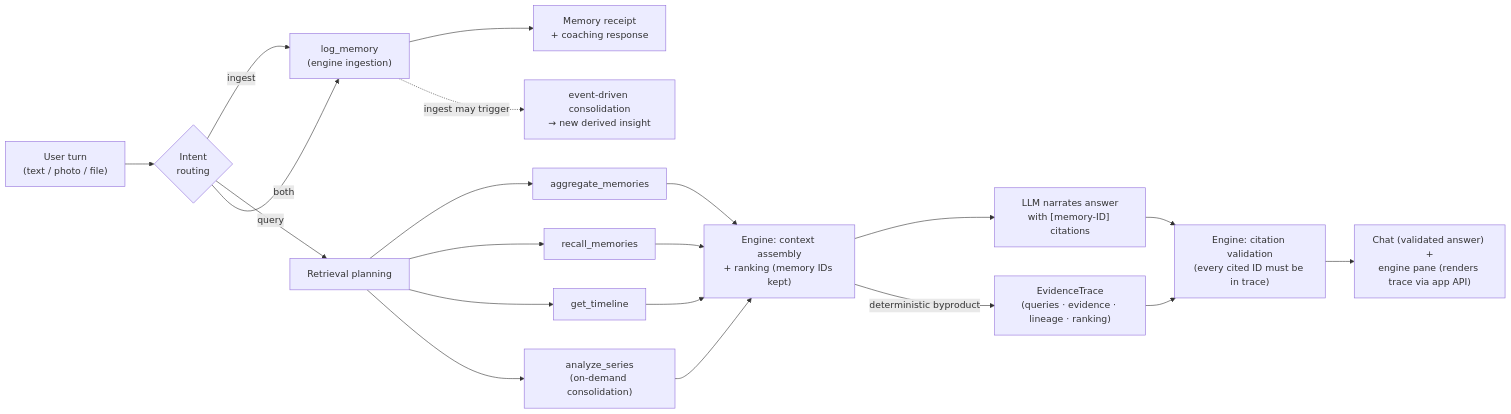
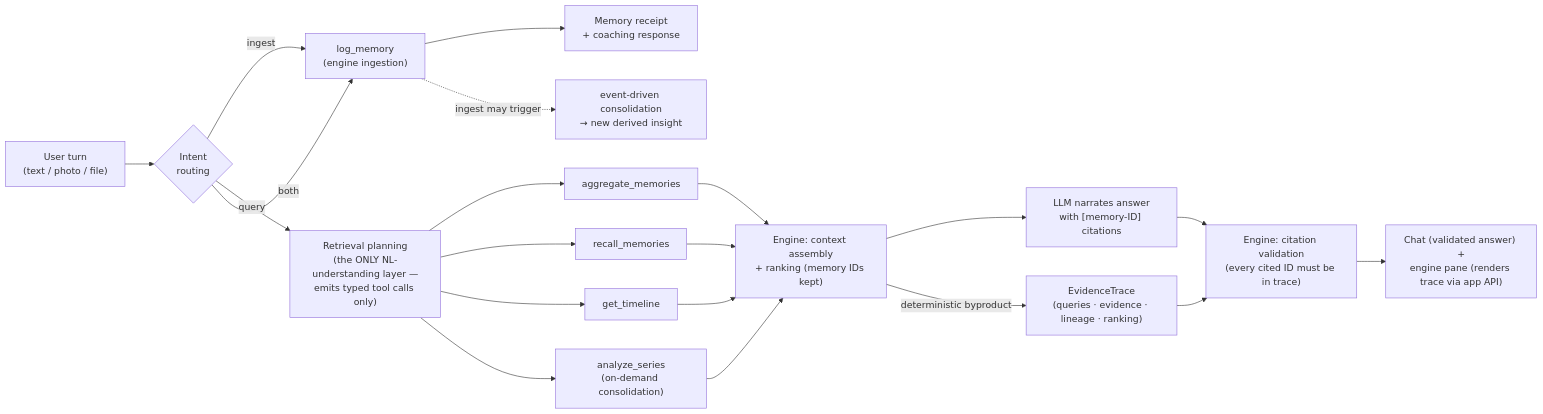
Before and after one commit to adityajamge/ai-fitness-memory-agent: the diagram in docs/office-hours/05-agent-architecture.md, drawn with Mermaid. The commit also changed other lines of this file and 2 other files, not shown here.

Commit message:
Architecture clarification

````diff
--- a/docs/office-hours/05-agent-architecture.md
+++ b/docs/office-hours/05-agent-architecture.md
@@ -17,19 +17,19 @@
 ```mermaid
 flowchart LR
     IN["User turn<br/>(text / photo / file)"] --> ROUTE{"Intent<br/>routing"}
     ROUTE -->|ingest| LOG["log_memory<br/>(engine ingestion)"]
     LOG --> RECEIPT["Memory receipt<br/>+ coaching response"]
-    ROUTE -->|query| PLAN["Retrieval planning"]
+    ROUTE -->|query| PLAN["Retrieval planning<br/>(the ONLY NL-understanding layer —<br/>emits typed tool calls only)"]
     PLAN --> AGG["aggregate_memories"]
     PLAN --> REC["recall_memories"]
     PLAN --> TL["get_timeline"]
     PLAN --> AN["analyze_series<br/>(on-demand consolidation)"]
     AGG & REC & TL & AN --> CTX["Engine: context assembly<br/>+ ranking (memory IDs kept)"]
     CTX --> NARRATE["LLM narrates answer<br/>with [memory-ID] citations"]
     CTX -->|"deterministic byproduct"| TRACE["EvidenceTrace<br/>(queries · evidence · lineage · ranking)"]
     NARRATE --> VALIDATE["Engine: citation validation<br/>(every cited ID must be in trace)"]
     TRACE --> VALIDATE
     VALIDATE --> OUT["Chat (validated answer) +<br/>engine pane (renders trace via app API)"]
     ROUTE -->|both| LOG
     LOG -.->|"ingest may trigger"| INSIGHT["event-driven consolidation<br/>→ new derived insight"]
 ```
````
